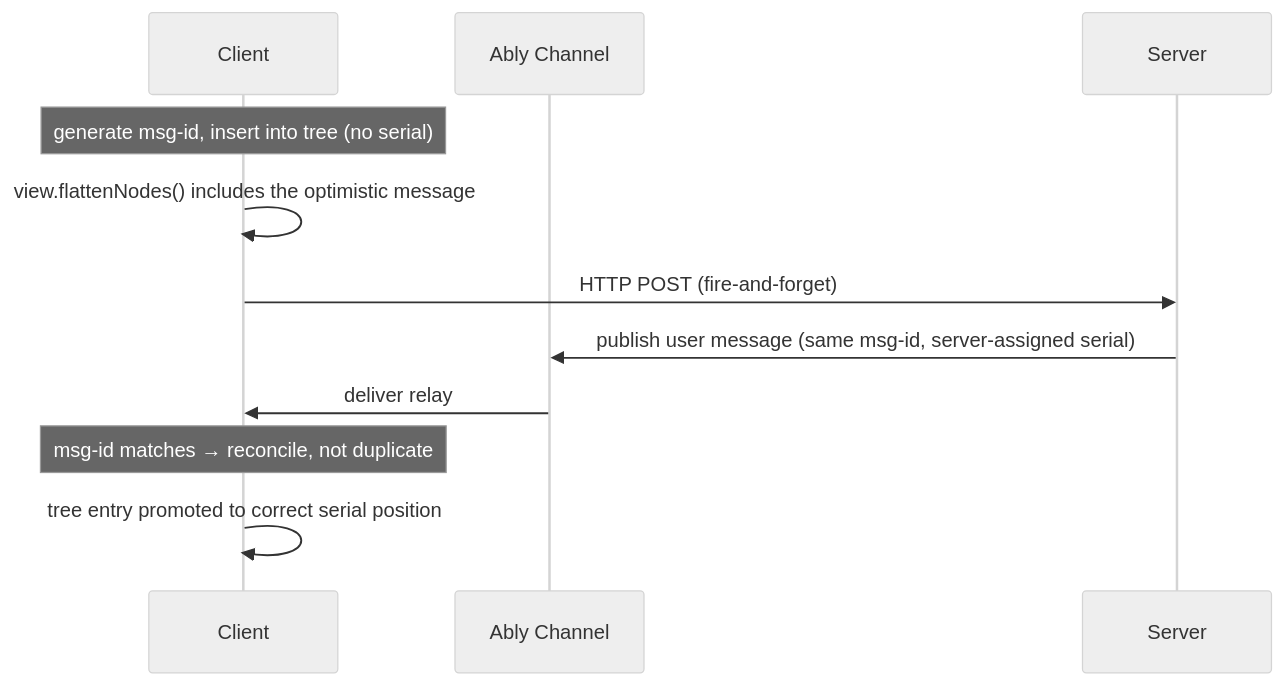
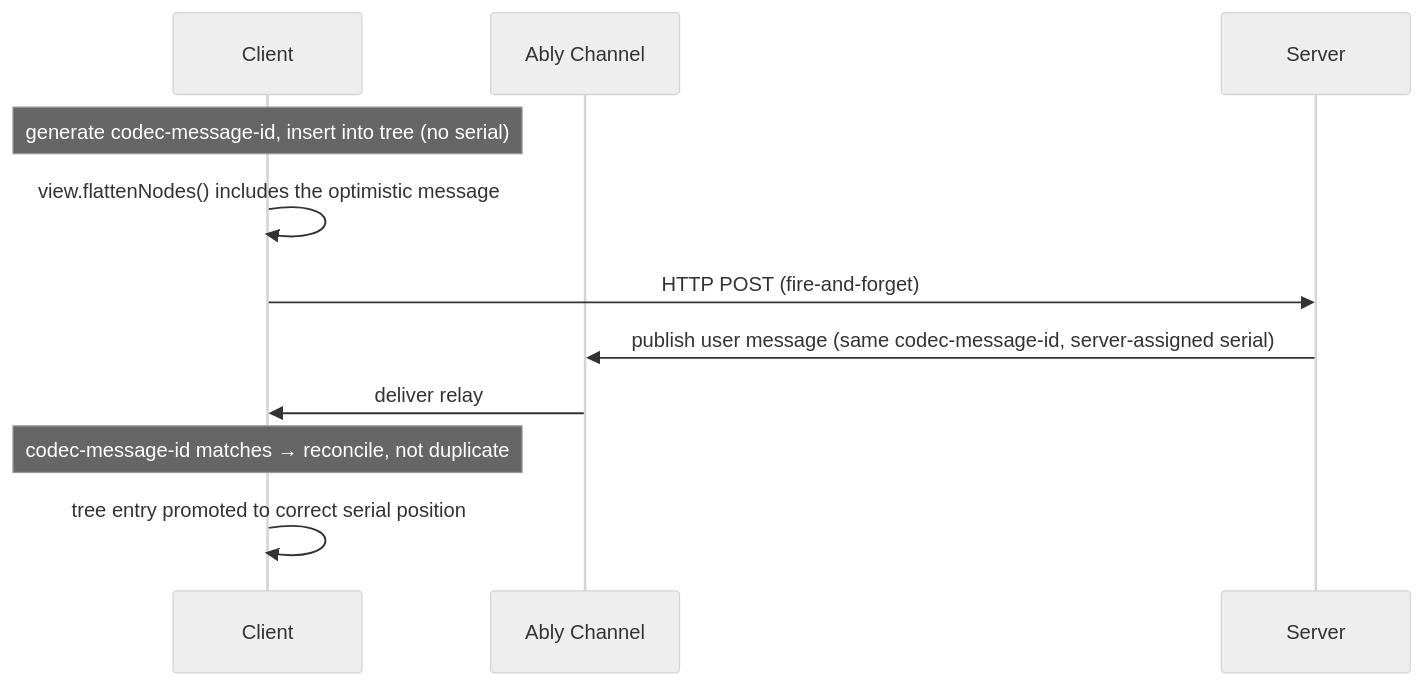
One commit to ably/ably-ai-transport-js changed the diagram in docs/features/optimistic-updates.md. Above: the diagram before and after it, drawn with Mermaid (neutral theme). The commit also changed other lines of this file and 16 other files, not shown here.

First line of the commit message:
Docs: rename msg-id/prompt-id to codec-message-id/event-id

````diff
--- a/docs/features/optimistic-updates.md
+++ b/docs/features/optimistic-updates.md
@@ -13,14 +13,14 @@
 ```mermaid
 sequenceDiagram
     participant C as Client
     participant Ch as Ably Channel
     participant S as Server
 
-    Note over C: generate msg-id, insert into tree (no serial)
+    Note over C: generate codec-message-id, insert into tree (no serial)
     C->>C: view.flattenNodes() includes the optimistic message
     C->>S: HTTP POST (fire-and-forget)
-    S->>Ch: publish user message (same msg-id, server-assigned serial)
+    S->>Ch: publish user message (same codec-message-id, server-assigned serial)
     Ch->>C: deliver relay
-    Note over C: msg-id matches → reconcile, not duplicate
+    Note over C: codec-message-id matches → reconcile, not duplicate
     C->>C: tree entry promoted to correct serial position
 ```
````
